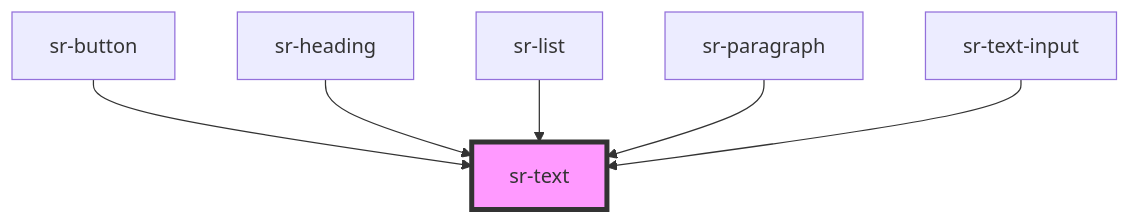
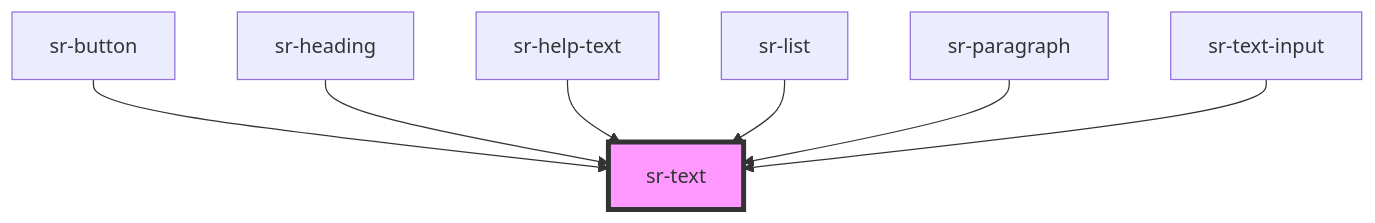
Before and after one commit to tonyblu331/spotify-replay-design-system: the diagram in src/components/primitives/sr-text/readme.md, drawn with Mermaid. The commit also changed other lines of this file and 7 other files, not shown here.

````diff
--- a/src/components/primitives/sr-text/readme.md
+++ b/src/components/primitives/sr-text/readme.md
@@ -41,9 +42,10 @@
 ```mermaid
 graph TD;
   sr-button --> sr-text
   sr-heading --> sr-text
+  sr-help-text --> sr-text
   sr-list --> sr-text
   sr-paragraph --> sr-text
   sr-text-input --> sr-text
   style sr-text fill:#f9f,stroke:#333,stroke-width:4px
 ```
````
